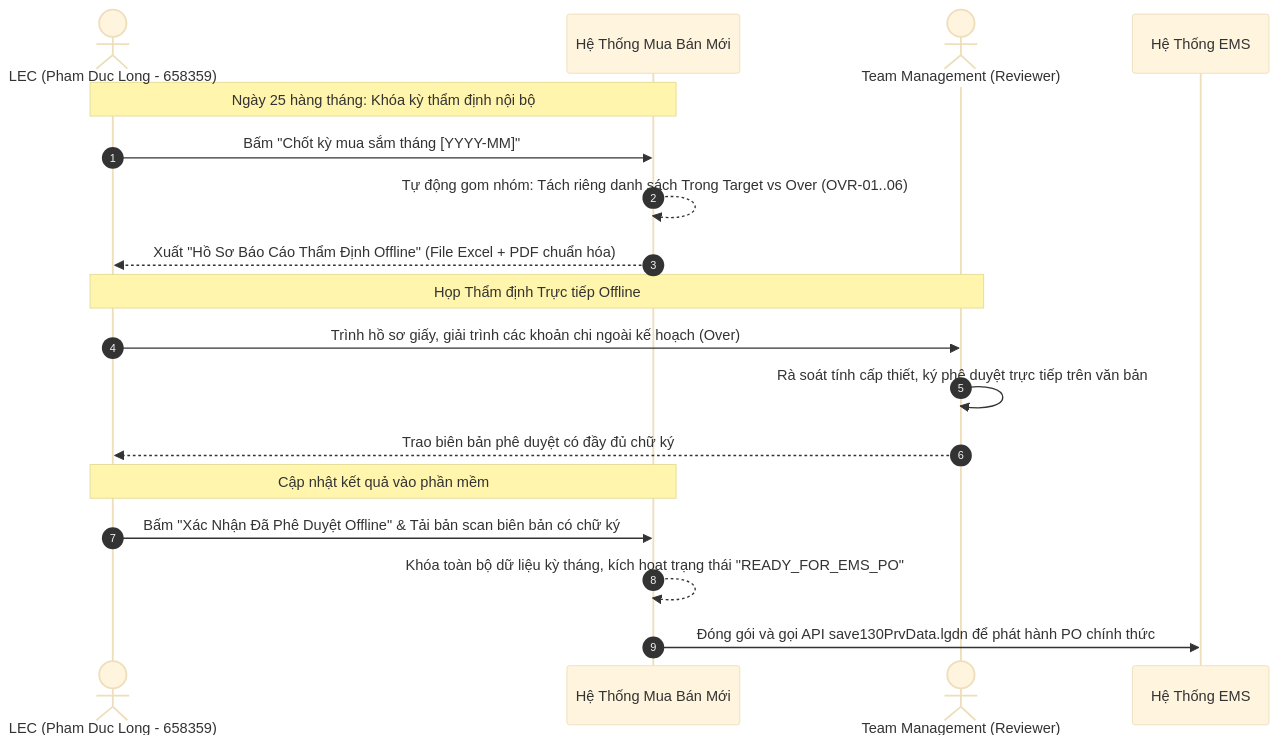
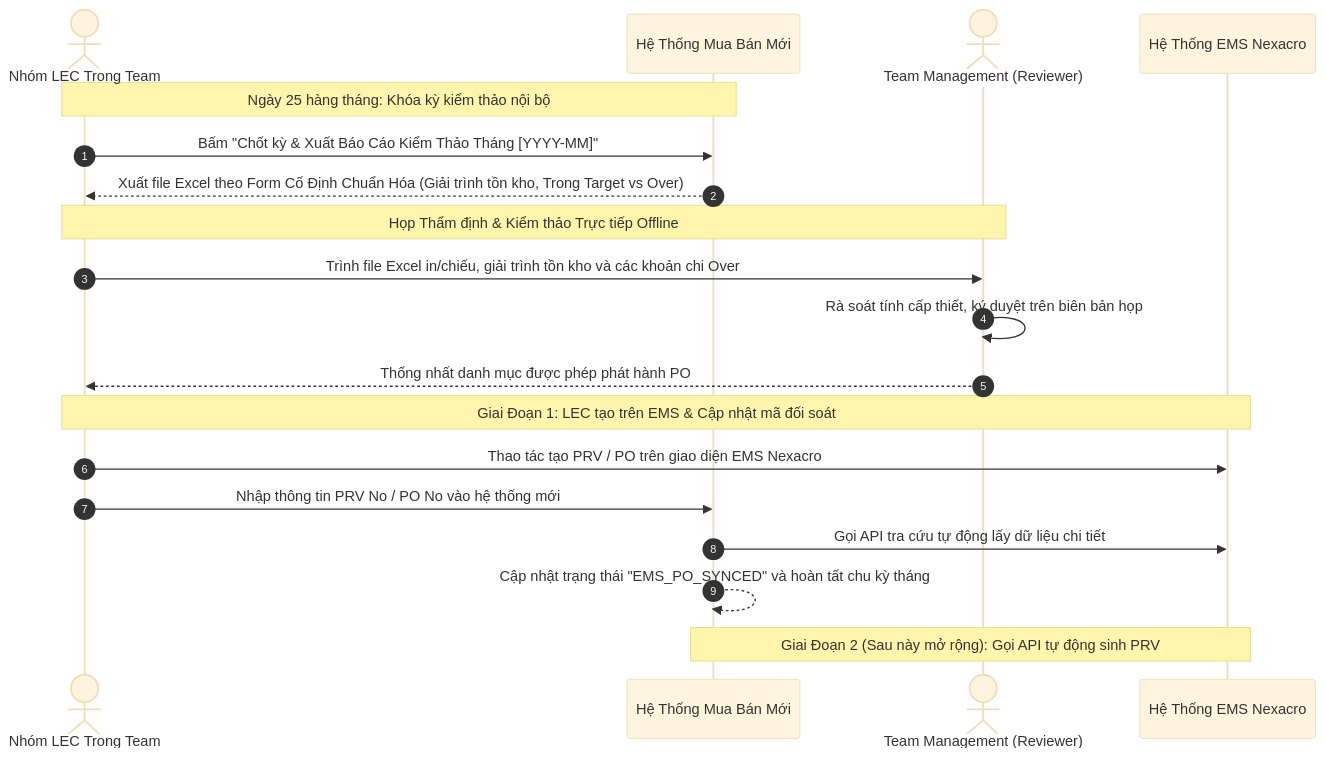
One commit to longphamduc-vn/ops-workflow changed the diagram in procurement-system/04-budget-cost-and-over-management/03-monthly-offline-management-audit.md. Above: the diagram before and after it, drawn with Mermaid (base theme). The commit also changed other lines of this file and 27 other files, not shown here.

````diff
--- a/procurement-system/04-budget-cost-and-over-management/03-monthly-offline-management-audit.md
+++ b/procurement-system/04-budget-cost-and-over-management/03-monthly-offline-management-audit.md
@@ -7,23 +7,25 @@
 ```mermaid
 sequenceDiagram
     autonumber
-    actor LEC as LEC (Pham Duc Long - 658359)
+    actor LEC as Nhóm LEC Trong Team
     participant SYS as Hệ Thống Mua Bán Mới
     actor MNG as Team Management (Reviewer)
-    participant EMS as Hệ Thống EMS
+    participant EMS as Hệ Thống EMS Nexacro
 
-    Note over LEC,SYS: Ngày 25 hàng tháng: Khóa kỳ thẩm định nội bộ
-    LEC->>SYS: Bấm "Chốt kỳ mua sắm tháng [YYYY-MM]"
-    SYS-->>SYS: Tự động gom nhóm: Tách riêng danh sách Trong Target vs Over (OVR-01..06)
-    SYS-->>LEC: Xuất "Hồ Sơ Báo Cáo Thẩm Định Offline" (File Excel + PDF chuẩn hóa)
+    Note over LEC,SYS: Ngày 25 hàng tháng: Khóa kỳ kiểm thảo nội bộ
+    LEC->>SYS: Bấm "Chốt kỳ & Xuất Báo Cáo Kiểm Thảo Tháng [YYYY-MM]"
+    SYS-->>LEC: Xuất file Excel theo Form Cố Định Chuẩn Hóa (Giải trình tồn kho, Trong Target vs Over)
     
-    Note over LEC,MNG: Họp Thẩm định Trực tiếp Offline
-    LEC->>MNG: Trình hồ sơ giấy, giải trình các khoản chi ngoài kế hoạch (Over)
-    MNG->>MNG: Rà soát tính cấp thiết, ký phê duyệt trực tiếp trên văn bản
-    MNG-->>LEC: Trao biên bản phê duyệt có đầy đủ chữ ký
+    Note over LEC,MNG: Họp Thẩm định & Kiểm thảo Trực tiếp Offline
+    LEC->>MNG: Trình file Excel in/chiếu, giải trình tồn kho và các khoản chi Over
+    MNG->>MNG: Rà soát tính cấp thiết, ký duyệt trên biên bản họp
+    MNG-->>LEC: Thống nhất danh mục được phép phát hành PO
     
-    Note over LEC,SYS: Cập nhật kết quả vào phần mềm
-    LEC->>SYS: Bấm "Xác Nhận Đã Phê Duyệt Offline" & Tải bản scan biên bản có chữ ký
-    SYS-->>SYS: Khóa toàn bộ dữ liệu kỳ tháng, kích hoạt trạng thái "READY_FOR_EMS_PO"
-    SYS->>EMS: Đóng gói và gọi API save130PrvData.lgdn để phát hành PO chính thức
+    Note over LEC,EMS: Giai Đoạn 1: LEC tạo trên EMS & Cập nhật mã đối soát
+    LEC->>EMS: Thao tác tạo PRV / PO trên giao diện EMS Nexacro
+    LEC->>SYS: Nhập thông tin PRV No / PO No vào hệ thống mới
+    SYS->>EMS: Gọi API tra cứu tự động lấy dữ liệu chi tiết
+    SYS-->>SYS: Cập nhật trạng thái "EMS_PO_SYNCED" và hoàn tất chu kỳ tháng
+
+    Note over SYS,EMS: Giai Đoạn 2 (Sau này mở rộng): Gọi API tự động sinh PRV
 ```
````
